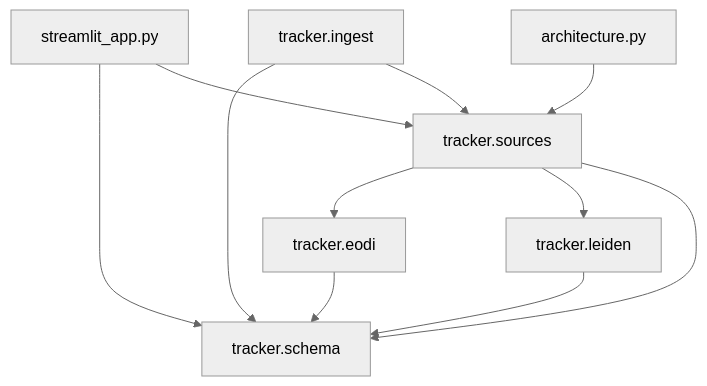
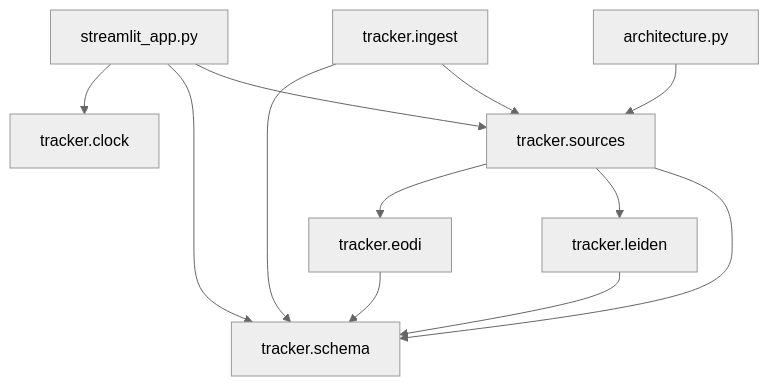
The third of 3 diagrams in docs/architecture.md (tryph0n/hybrid-tracker), drawn with Mermaid (neutral theme) before and after one commit. The commit also changed other lines of this file, not shown here.

Commit message:
docs(architecture): list the new tracker.clock module
The architecture page is generated from the code, and CI checks it.

Refs #30

````diff
--- a/docs/architecture.md
+++ b/docs/architecture.md
@@ -145,20 +145,22 @@
 ```mermaid
 flowchart TB
   module_streamlit_app_py["streamlit_app.py"]
+  module_tracker_clock["tracker.clock"]
   module_tracker_eodi["tracker.eodi"]
   module_tracker_ingest["tracker.ingest"]
   module_tracker_leiden["tracker.leiden"]
   module_tracker_schema["tracker.schema"]
   module_tracker_sources["tracker.sources"]
   module_architecture_py["architecture.py"]
+  module_streamlit_app_py --> module_tracker_clock
   module_streamlit_app_py --> module_tracker_schema
   module_streamlit_app_py --> module_tracker_sources
   module_tracker_eodi --> module_tracker_schema
   module_tracker_ingest --> module_tracker_schema
   module_tracker_ingest --> module_tracker_sources
   module_tracker_leiden --> module_tracker_schema
   module_tracker_sources --> module_tracker_eodi
   module_tracker_sources --> module_tracker_leiden
   module_tracker_sources --> module_tracker_schema
   module_architecture_py --> module_tracker_sources
 ```
````
